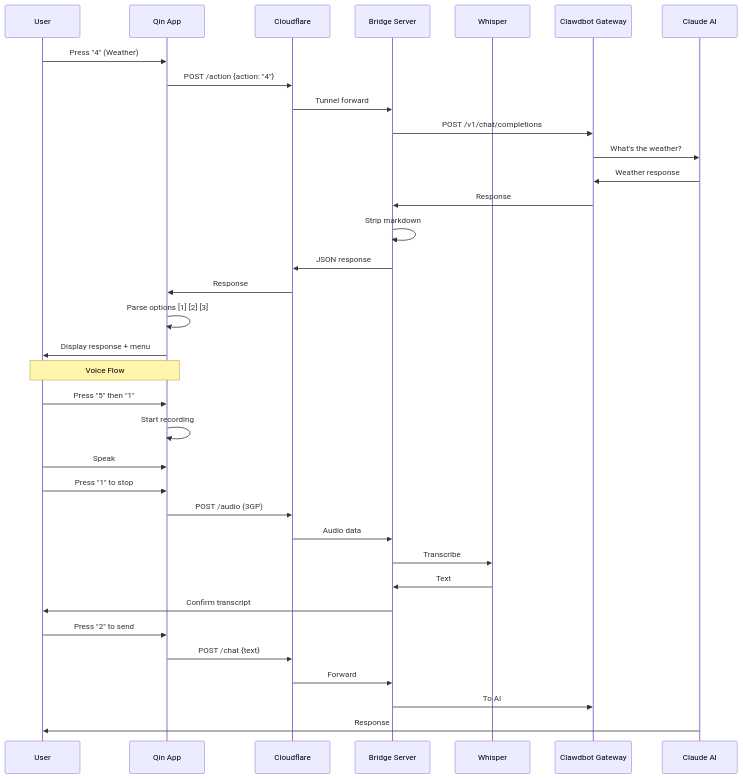
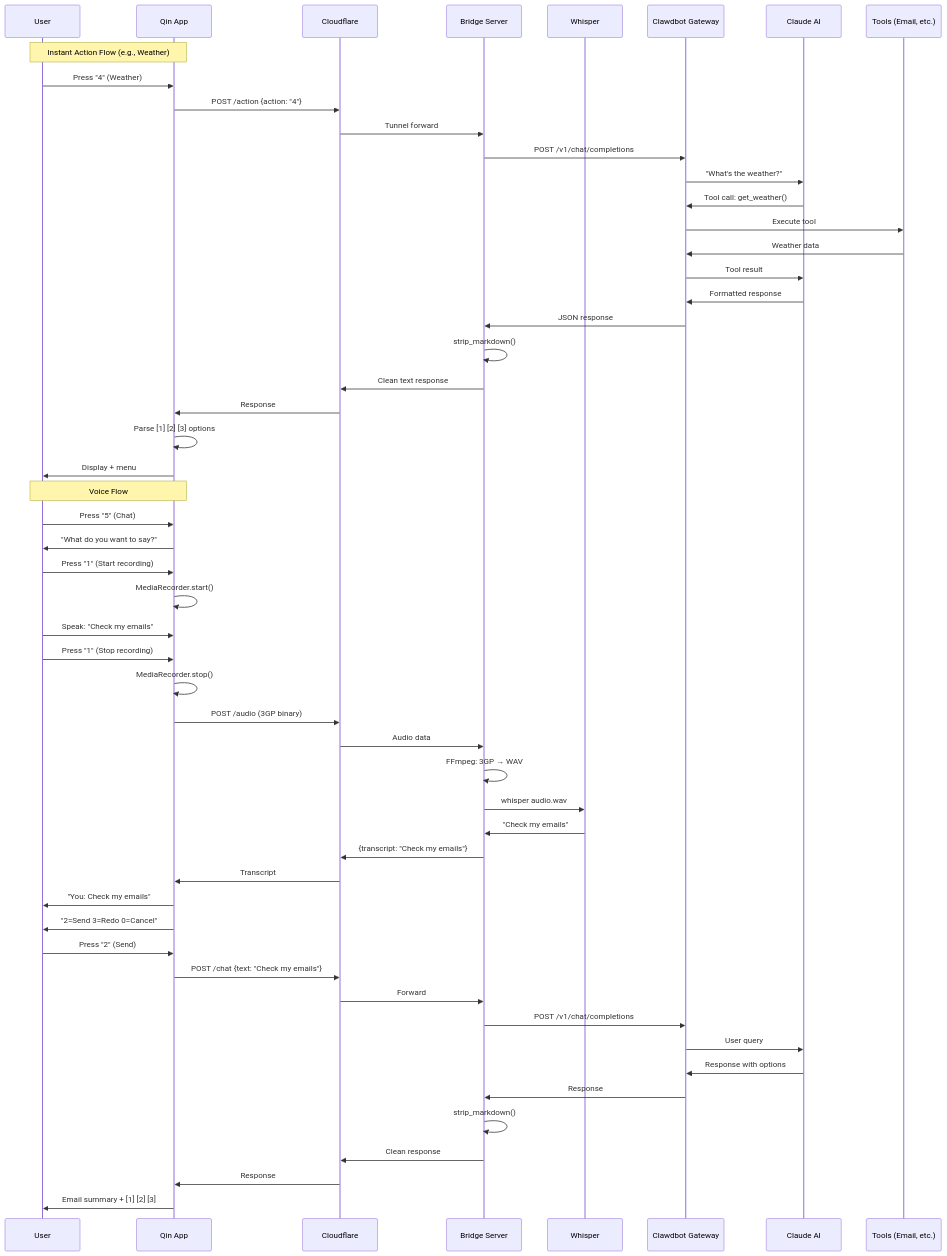
Before and after one commit to mordechaipotash/qinbot: the fourth of 4 diagrams in README.md, drawn with Mermaid. The commit also changed other lines of this file and 1 other file, not shown here.

First line of the commit message:
Docs: Add Brain MCP integration and voice recording flow details

````diff
--- a/README.md
+++ b/README.md
@@ -95,39 +237,58 @@
 ```mermaid
 sequenceDiagram
     participant U as User
     participant Q as Qin App
     participant C as Cloudflare
     participant B as Bridge Server
     participant W as Whisper
     participant G as Clawdbot Gateway
     participant AI as Claude AI
+    participant T as Tools (Email, etc.)
     
+    Note over U,Q: Instant Action Flow (e.g., Weather)
     U->>Q: Press "4" (Weather)
     Q->>C: POST /action {action: "4"}
     C->>B: Tunnel forward
     B->>G: POST /v1/chat/completions
-    G->>AI: What's the weather?
-    AI->>G: Weather response
-    G->>B: Response
-    B->>B: Strip markdown
-    B->>C: JSON response
+    G->>AI: "What's the weather?"
+    AI->>G: Tool call: get_weather()
+    G->>T: Execute tool
+    T->>G: Weather data
+    G->>AI: Tool result
+    AI->>G: Formatted response
+    G->>B: JSON response
+    B->>B: strip_markdown()
+    B->>C: Clean text response
     C->>Q: Response
-    Q->>Q: Parse options [1] [2] [3]
-    Q->>U: Display response + menu
+    Q->>Q: Parse [1] [2] [3] options
+    Q->>U: Display + menu
     
     Note over U,Q: Voice Flow
-    U->>Q: Press "5" then "1"
-    Q->>Q: Start recording
-    U->>Q: Speak
-    U->>Q: Press "1" to stop
-    Q->>C: POST /audio (3GP)
+    U->>Q: Press "5" (Chat)
+    Q->>U: "What do you want to say?"
+    U->>Q: Press "1" (Start recording)
+    Q->>Q: MediaRecorder.start()
+    U->>Q: Speak: "Check my emails"
+    U->>Q: Press "1" (Stop recording)
+    Q->>Q: MediaRecorder.stop()
+    Q->>C: POST /audio (3GP binary)
     C->>B: Audio data
-    B->>W: Transcribe
-    W->>B: Text
-    B->>U: Confirm transcript
-    U->>Q: Press "2" to send
-    Q->>C: POST /chat {text}
+    B->>B: FFmpeg: 3GP → WAV
+    B->>W: whisper audio.wav
+    W->>B: "Check my emails"
+    B->>C: {transcript: "Check my emails"}
+    C->>Q: Transcript
+    Q->>U: "You: Check my emails"
+    Q->>U: "2=Send 3=Redo 0=Cancel"
+    U->>Q: Press "2" (Send)
+    Q->>C: POST /chat {text: "Check my emails"}
     C->>B: Forward
-    B->>G: To AI
-    AI->>U: Response
+    B->>G: POST /v1/chat/completions
+    G->>AI: User query
+    AI->>G: Response with options
+    G->>B: Response
+    B->>B: strip_markdown()
+    B->>C: Clean response
+    C->>Q: Response
+    Q->>U: Email summary + [1] [2] [3]
 ```
````
